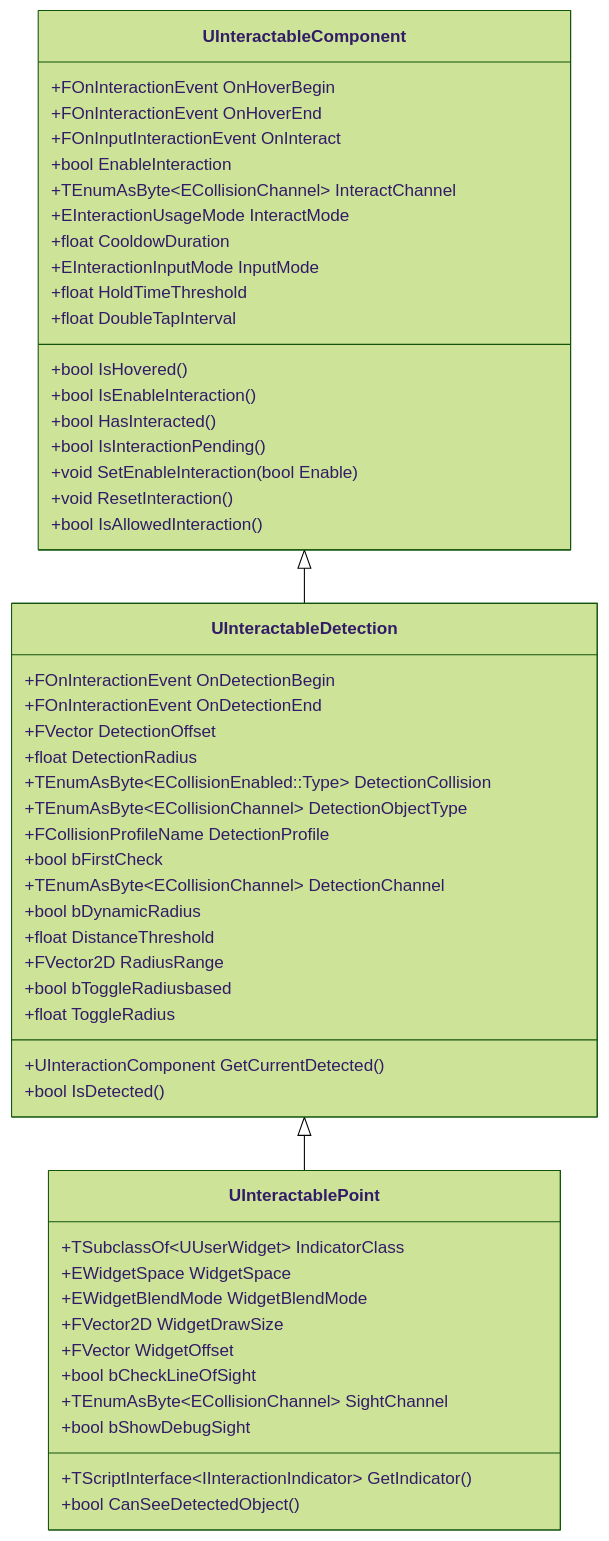
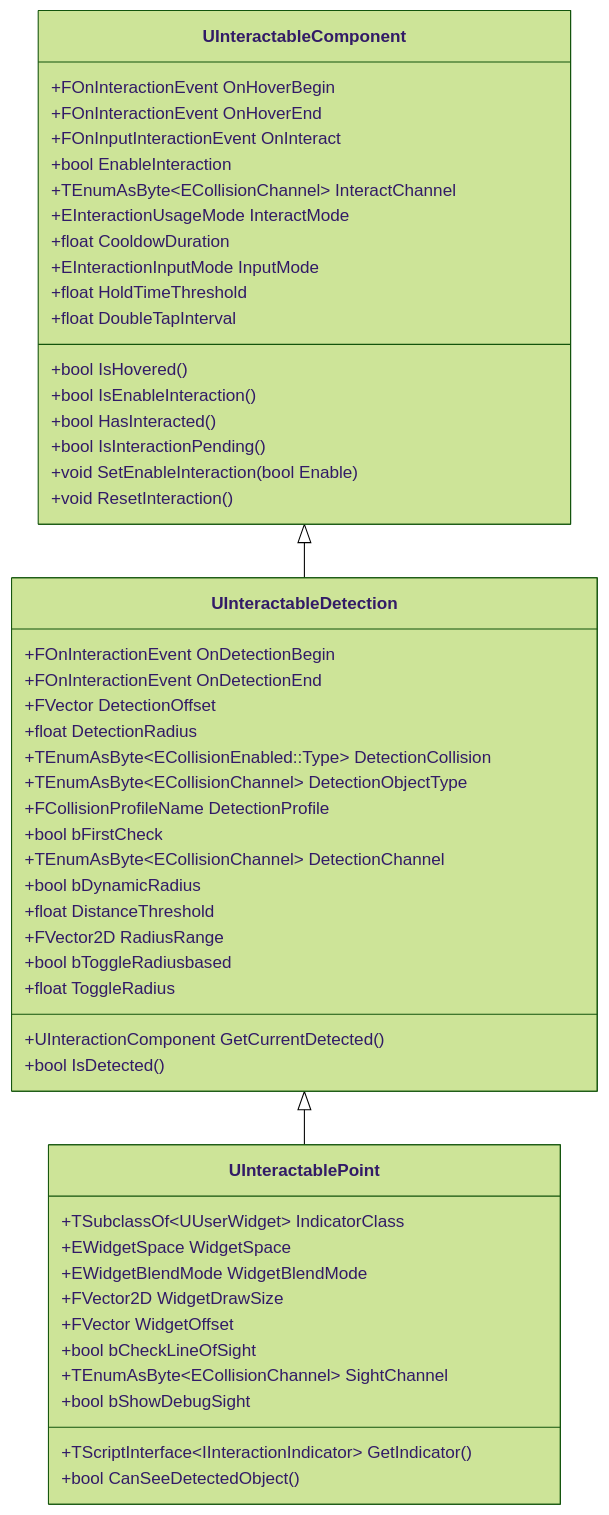
One commit to AliJimpa/InteractCore changed the second of 2 diagrams in README.md. Above: the diagram before and after it, drawn with Mermaid (forest theme). The commit also changed other lines of this file and 6 other files, not shown here.

````diff
--- a/README.md
+++ b/README.md
@@ -106,54 +106,53 @@
 ```mermaid
 classDiagram
     UInteractableComponent <|-- UInteractableDetection
     UInteractableDetection <|-- UInteractablePoint
     class UInteractableComponent{
         +FOnInteractionEvent OnHoverBegin
         +FOnInteractionEvent OnHoverEnd
         +FOnInputInteractionEvent OnInteract
         +bool EnableInteraction
         +TEnumAsByte~ECollisionChannel~ InteractChannel
         +EInteractionUsageMode InteractMode
         +float CooldowDuration
         +EInteractionInputMode InputMode
         +float HoldTimeThreshold
         +float DoubleTapInterval
         +bool IsHovered()
         +bool IsEnableInteraction()
         +bool HasInteracted()
         +bool IsInteractionPending()
         +void SetEnableInteraction(bool Enable)
         +void ResetInteraction()
-        +bool IsAllowedInteraction()
     }
     class UInteractableDetection{
         +FOnInteractionEvent OnDetectionBegin
         +FOnInteractionEvent OnDetectionEnd
         +FVector DetectionOffset
         +float DetectionRadius
         +TEnumAsByte~ECollisionEnabled::Type~ DetectionCollision
         +TEnumAsByte~ECollisionChannel~ DetectionObjectType
         +FCollisionProfileName DetectionProfile
         +bool bFirstCheck
         +TEnumAsByte~ECollisionChannel~ DetectionChannel
         +bool bDynamicRadius
         +float DistanceThreshold
         +FVector2D RadiusRange
         +bool bToggleRadiusbased
         +float ToggleRadius
         +UInteractionComponent GetCurrentDetected()
         +bool IsDetected()
     }
     class UInteractablePoint{
         +TSubclassOf~UUserWidget~ IndicatorClass
         +EWidgetSpace WidgetSpace
         +EWidgetBlendMode WidgetBlendMode
         +FVector2D WidgetDrawSize
         +FVector WidgetOffset
         +bool bCheckLineOfSight
         +TEnumAsByte~ECollisionChannel~ SightChannel
         +bool bShowDebugSight
         +TScriptInterface~IInteractionIndicator~ GetIndicator()
         +bool CanSeeDetectedObject()
     }
 ```
````
